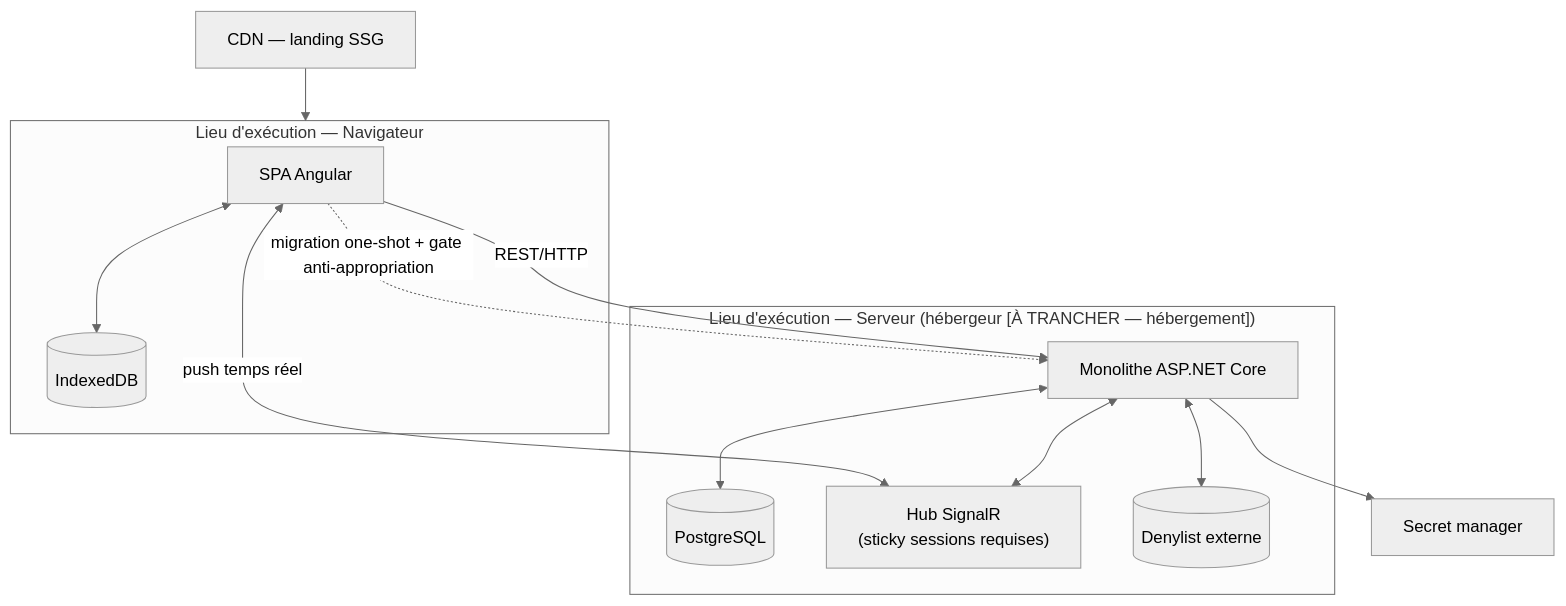
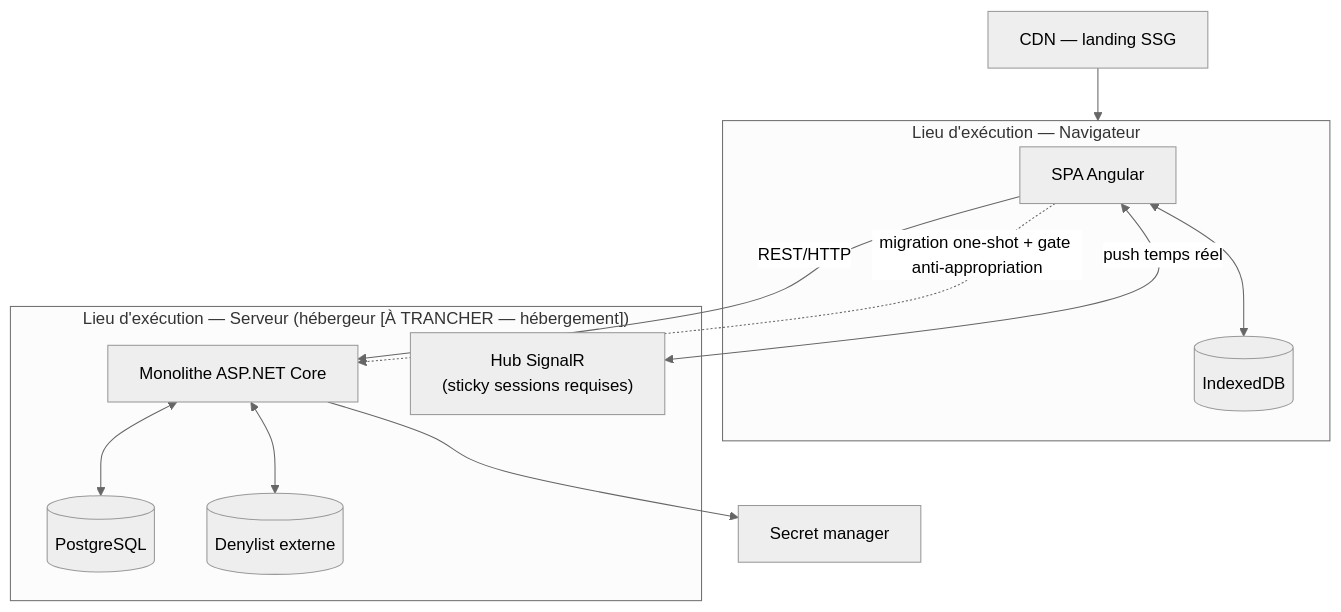
Before and after one commit to 2025-10-CDA-ECO-P6/PM-micro-saas: the fourth of 4 diagrams in docs/reference/dossier-architecture.md, drawn with Mermaid (neutral theme). The commit also changed other lines of this file, not shown here.

First line of the commit message:
docs(documentation-lisible): retire deux flèches non sourcées du dossier d'architecture

````diff
--- a/docs/reference/dossier-architecture.md
+++ b/docs/reference/dossier-architecture.md
@@ -254,28 +254,27 @@
 ```mermaid
 graph TD
     subgraph Navigateur["Lieu d'exécution — Navigateur"]
         SPA["SPA Angular"]
         IDB[("IndexedDB")]
         SPA <--> IDB
     end
 
     CDN["CDN — landing SSG"]
 
     subgraph Serveur["Lieu d'exécution — Serveur (hébergeur [À TRANCHER — hébergement])"]
         MONO["Monolithe ASP.NET Core"]
         PG[("PostgreSQL")]
         HUB["Hub SignalR<br/>(sticky sessions requises)"]
         DENY[("Denylist externe")]
         MONO <--> PG
-        MONO <--> HUB
         MONO <--> DENY
     end
 
     SECRETS["Secret manager"]
 
     SPA -->|"REST/HTTP"| MONO
     SPA <-->|"push temps réel"| HUB
     SPA -.->|"migration one-shot + gate anti-appropriation"| MONO
     MONO --> SECRETS
     CDN --> Navigateur
 ```
````
